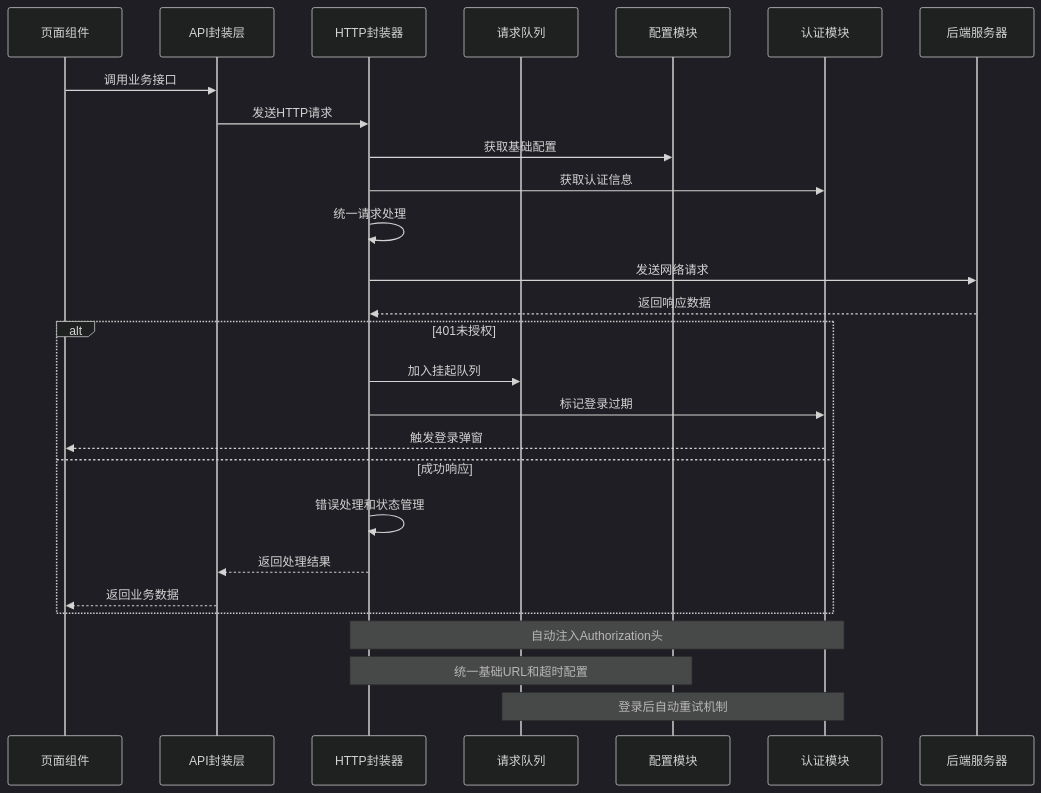
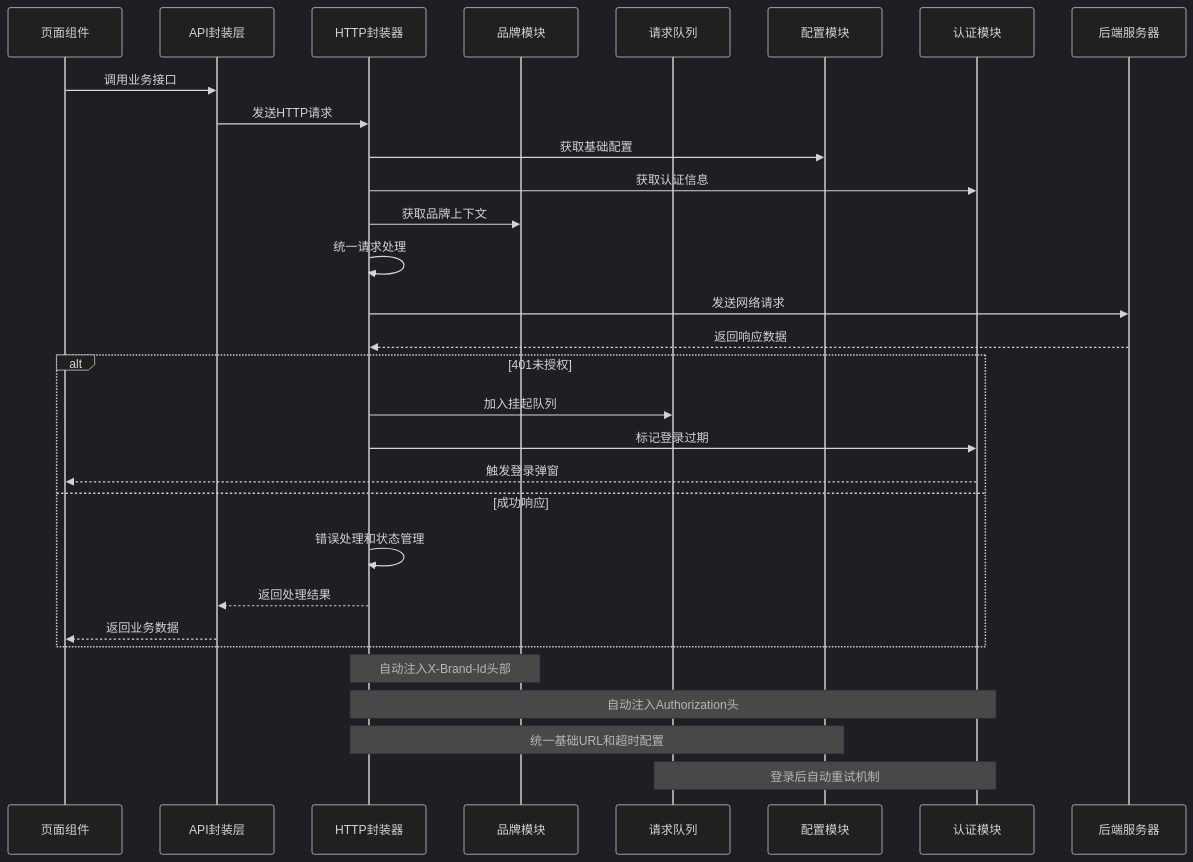
One commit to crazyma99/blueberry changed the second of 9 diagrams in .qoder/repowiki/zh/content/工具模块详解/HTTP请求封装器.md. Above: the diagram before and after it, drawn with Mermaid (dark theme). The commit also changed other lines of this file and 6 other files, not shown here.

````diff
--- a/.qoder/repowiki/zh/content/工具模块详解/HTTP请求封装器.md
+++ b/.qoder/repowiki/zh/content/工具模块详解/HTTP请求封装器.md
@@ -142,29 +160,32 @@
 ```mermaid
 sequenceDiagram
 participant Page as 页面组件
 participant API as API封装层
 participant HTTP as HTTP封装器
+participant Brand as 品牌模块
 participant Queue as 请求队列
 participant Config as 配置模块
 participant Auth as 认证模块
 participant Server as 后端服务器
 Page->>API : 调用业务接口
 API->>HTTP : 发送HTTP请求
 HTTP->>Config : 获取基础配置
 HTTP->>Auth : 获取认证信息
+HTTP->>Brand : 获取品牌上下文
 HTTP->>HTTP : 统一请求处理
 HTTP->>Server : 发送网络请求
 Server-->>HTTP : 返回响应数据
 alt 401未授权
 HTTP->>Queue : 加入挂起队列
 HTTP->>Auth : 标记登录过期
 Auth-->>Page : 触发登录弹窗
 else 成功响应
 HTTP->>HTTP : 错误处理和状态管理
 HTTP-->>API : 返回处理结果
 API-->>Page : 返回业务数据
 end
+Note over HTTP,Brand : 自动注入X-Brand-Id头部
 Note over HTTP,Auth : 自动注入Authorization头
 Note over HTTP,Config : 统一基础URL和超时配置
 Note over Queue,Auth : 登录后自动重试机制
 ```
````
